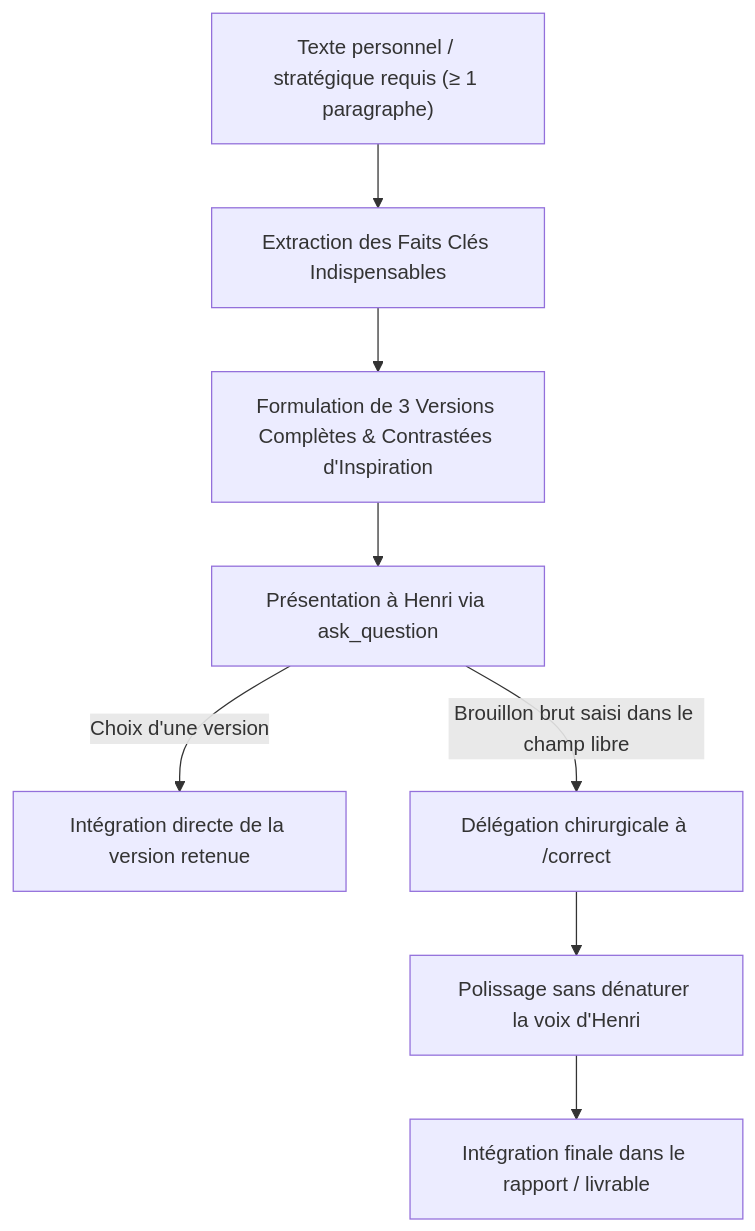
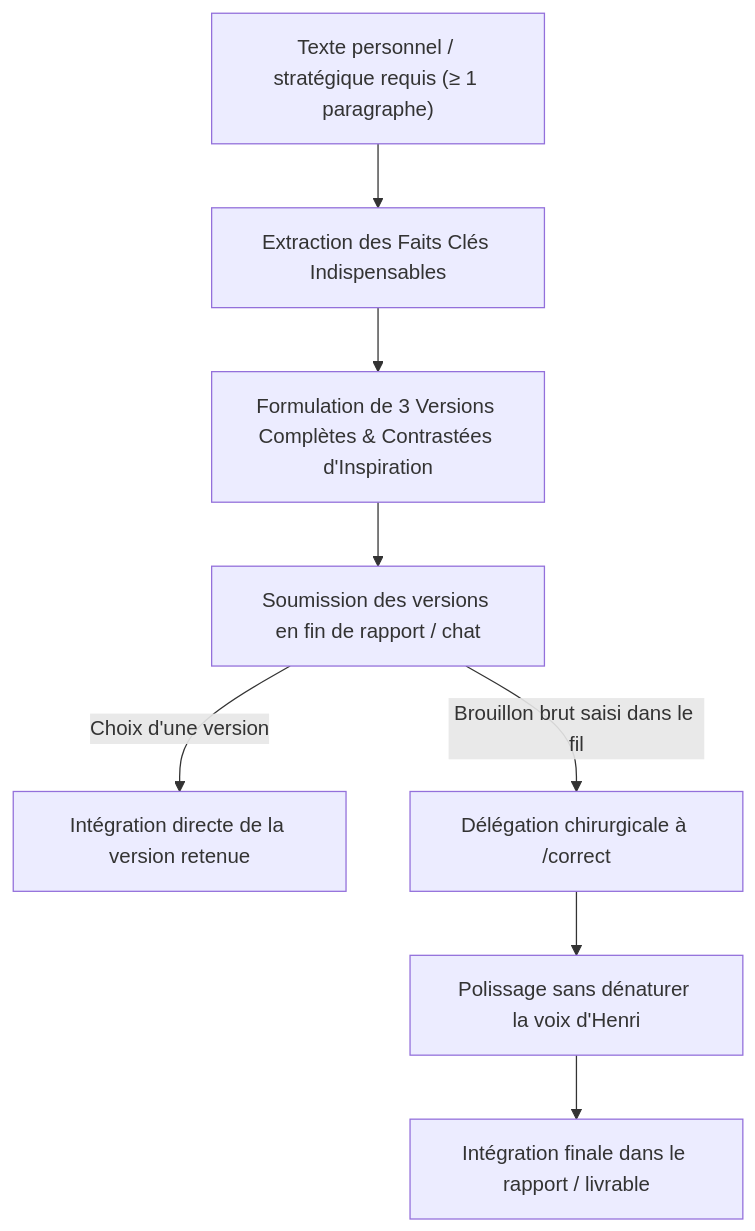
One commit to hjamet/cursor-memory-bank changed the second of 2 diagrams in src/skills/scout/SKILL.md. Above: the diagram before and after it, drawn with Mermaid. The commit also changed other lines of this file and 1 other file, not shown here.

````diff
--- a/src/skills/scout/SKILL.md
+++ b/src/skills/scout/SKILL.md
@@ -187,10 +178,10 @@
 ```mermaid
 flowchart TD
     A["Texte personnel / stratégique requis (≥ 1 paragraphe)"] --> B["Extraction des Faits Clés Indispensables"]
     B --> C["Formulation de 3 Versions Complètes & Contrastées d'Inspiration"]
-    C --> D["Présentation à Henri via ask_question"]
+    C --> D["Soumission des versions en fin de rapport / chat"]
     D -->|Choix d'une version| E["Intégration directe de la version retenue"]
-    D -->|Brouillon brut saisi dans le champ libre| F["Délégation chirurgicale à /correct"]
+    D -->|Brouillon brut saisi dans le fil| F["Délégation chirurgicale à /correct"]
     F --> G["Polissage sans dénaturer la voix d'Henri"]
     G --> H["Intégration finale dans le rapport / livrable"]
 ```
````
